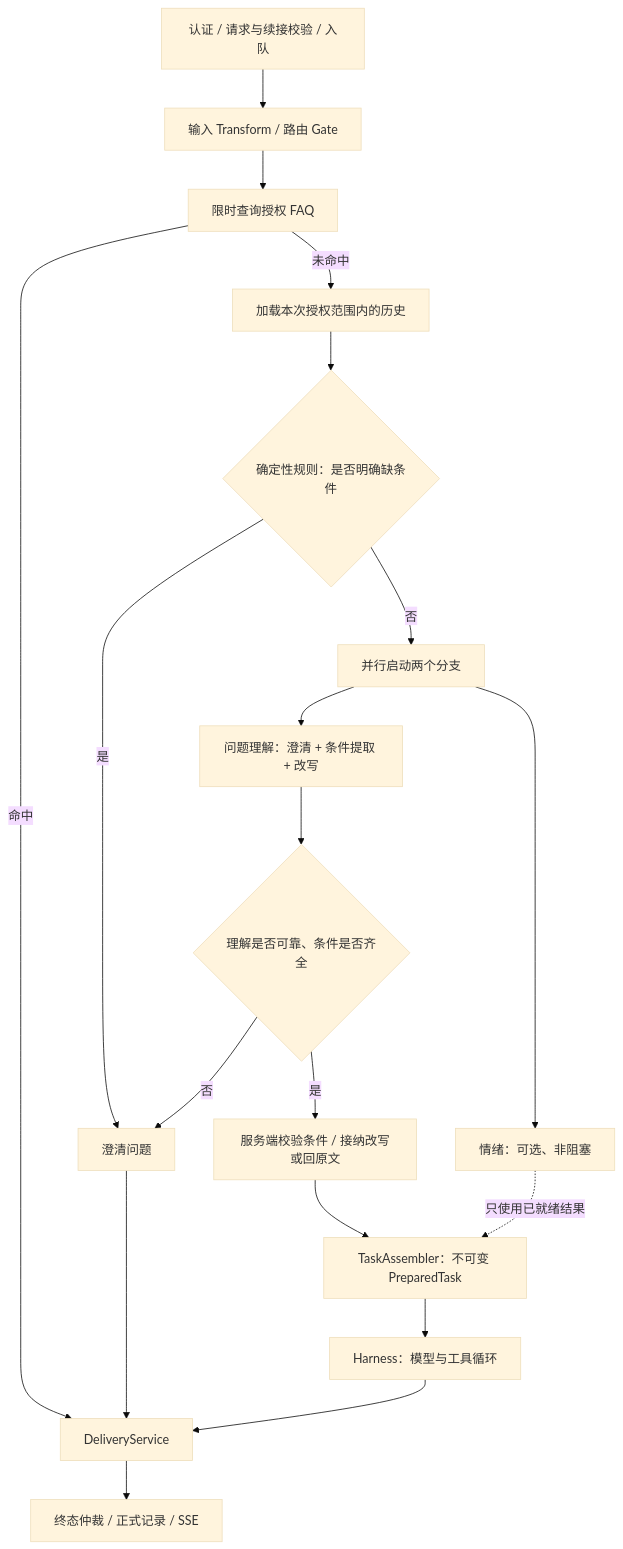
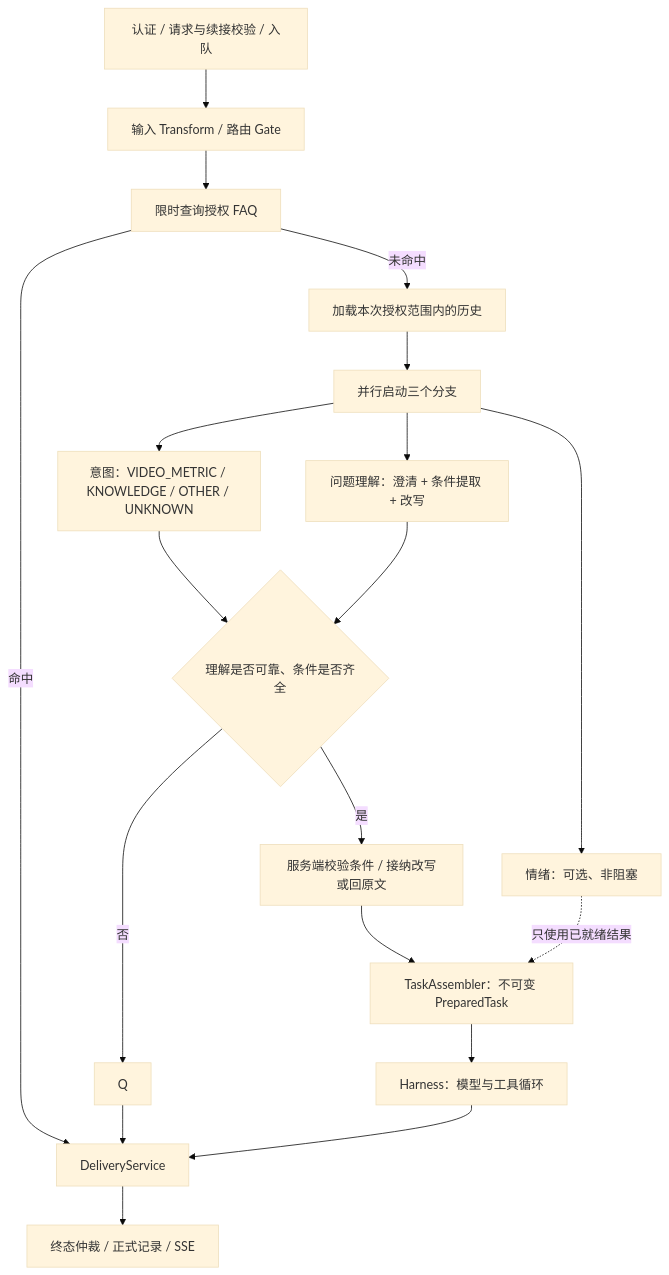
The diagram in tianmu-agent/docs/统一入口与并行预处理.md (blackirlsama/DokiTV), drawn with Mermaid (base theme) before and after one commit. The commit also changed other lines of this file and 108 other files, not shown here.

````diff
--- a/tianmu-agent/docs/统一入口与并行预处理.md
+++ b/tianmu-agent/docs/统一入口与并行预处理.md
@@ -7,21 +7,21 @@
 ```mermaid
 flowchart TD
     A["认证 / 请求与续接校验 / 入队"] --> B["输入 Transform / 路由 Gate"]
     B --> C["限时查询授权 FAQ"]
     C -->|命中| D["DeliveryService"]
     C -->|未命中| M["加载本次授权范围内的历史"]
-    M --> R{"确定性规则：是否明确缺条件"}
-    R -->|是| Q["澄清问题"]
-    R -->|否| P["并行启动两个分支"]
+    M --> P["并行启动三个分支"]
+    P --> I["意图：VIDEO_METRIC / KNOWLEDGE / OTHER / UNKNOWN"]
     P --> U["问题理解：澄清 + 条件提取 + 改写"]
     P --> E["情绪：可选、非阻塞"]
+    I --> V
     U --> V{"理解是否可靠、条件是否齐全"}
     V -->|否| Q
     V -->|是| W["服务端校验条件 / 接纳改写或回原文"]
     W --> T["TaskAssembler：不可变 PreparedTask"]
     E -.只使用已就绪结果.-> T
     T --> H["Harness：模型与工具循环"]
     H --> D
     Q --> D
     D --> S["终态仲裁 / 正式记录 / SSE"]
 ```
````
